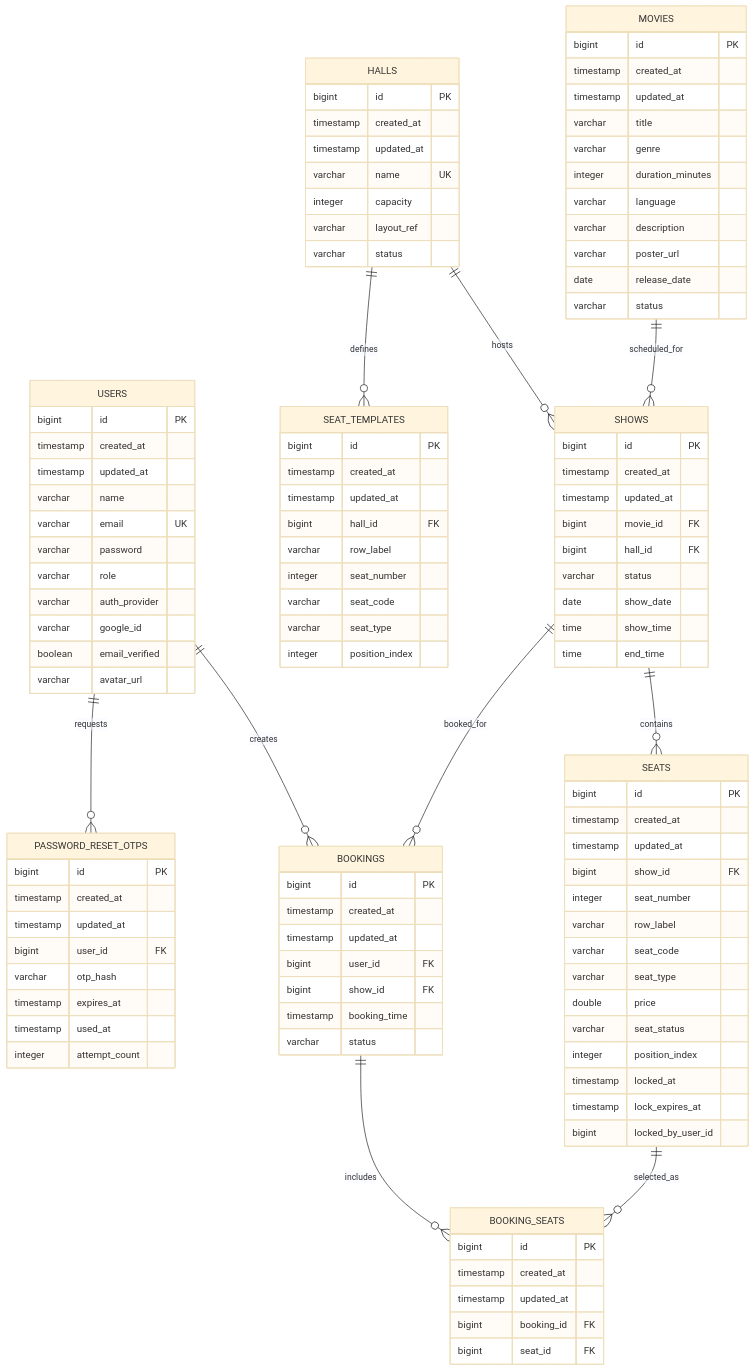
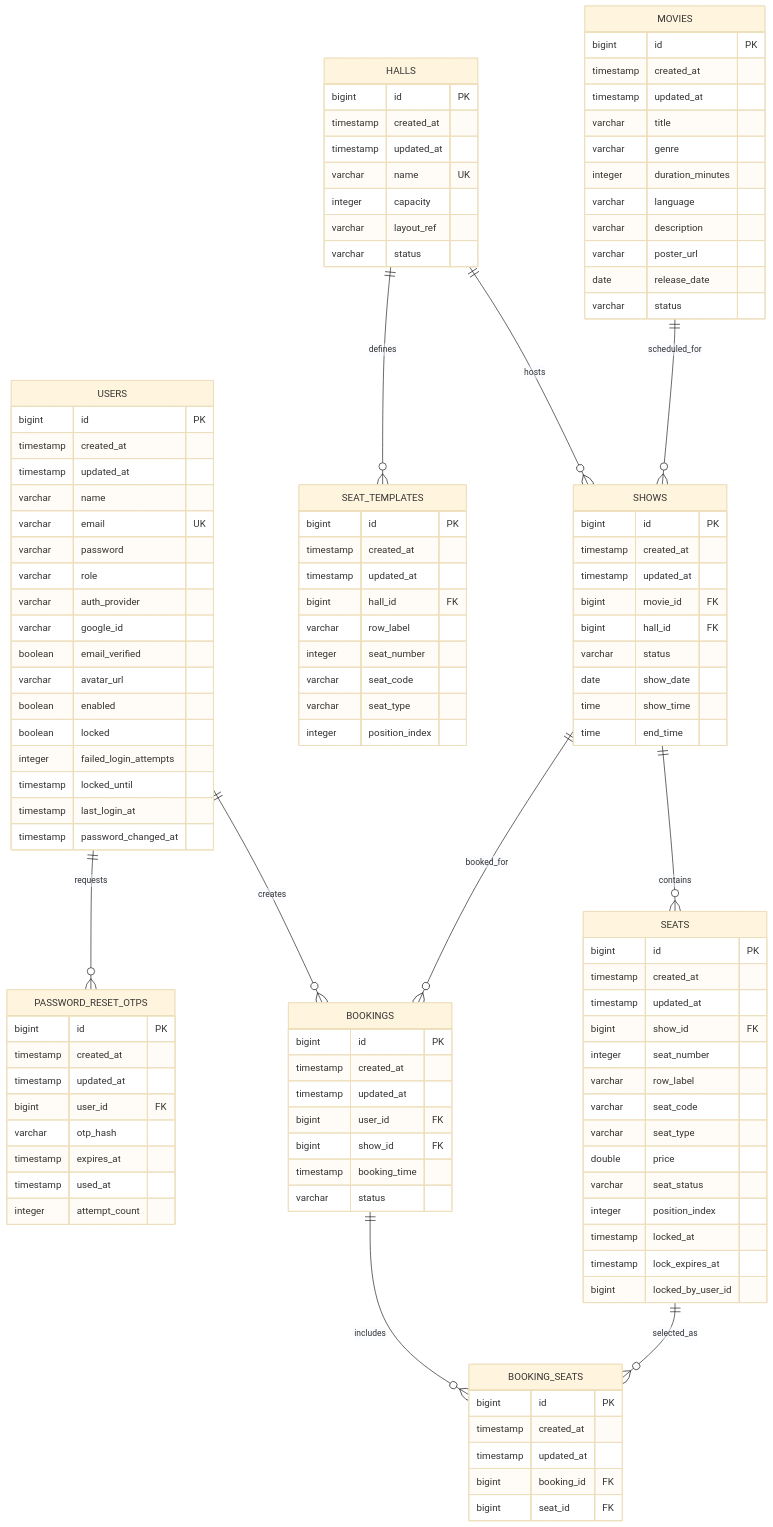
Before and after one commit to yuneshbyte01/hamro-chalchitraghar-backend: the diagram in docs/DATABASE.md, drawn with Mermaid (base theme). The commit also changed other lines of this file and 10 other files, not shown here.

```diff
--- a/docs/DATABASE.md
+++ b/docs/DATABASE.md
@@ -42,6 +42,12 @@
         varchar google_id
         boolean email_verified
         varchar avatar_url
+        boolean enabled
+        boolean locked
+        integer failed_login_attempts
+        timestamp locked_until
+        timestamp last_login_at
+        timestamp password_changed_at
     }
 
     PASSWORD_RESET_OTPS {
```
